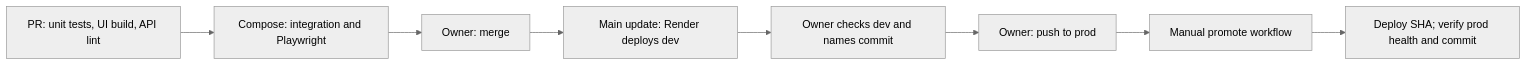
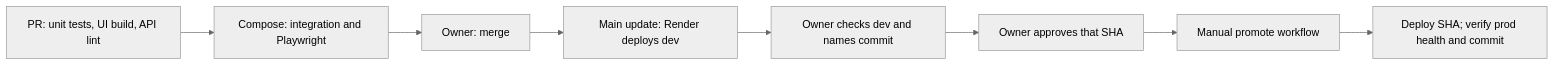
The third of 4 diagrams in README.md (alexisdacquay/sail-event), drawn with Mermaid (neutral theme) before and after one commit. The commit also changed other lines of this file and 7 other files, not shown here.

````diff
--- a/README.md
+++ b/README.md
@@ -137,10 +139,10 @@
 ```mermaid
 flowchart LR
     P[PR: unit tests, UI build, API lint] --> I[Compose: integration and Playwright]
     I --> M[Owner: merge]
     M --> D[Main update: Render deploys dev]
     D --> C[Owner checks dev and names commit]
-    C --> A[Owner: push to prod]
+    C --> A[Owner approves that SHA]
     A --> W[Manual promote workflow]
     W --> H[Deploy SHA; verify prod health and commit]
 ```
````
